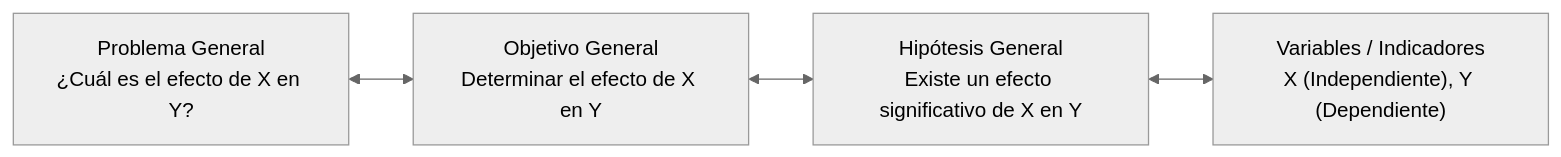
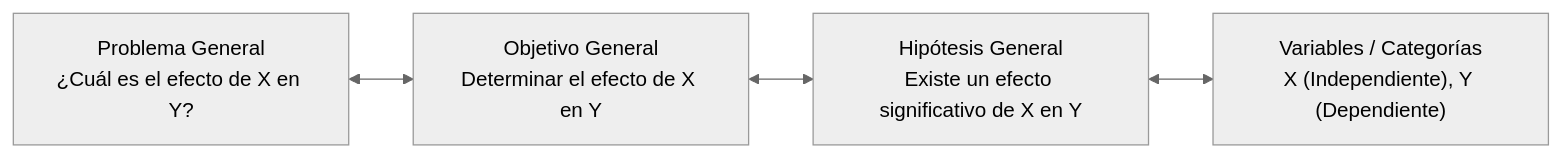
The diagram in docs/guides/methodology.md (oscarbol09/thesisforge), drawn with Mermaid (neutral theme) before and after one commit. The commit also changed other lines of this file and 3 other files, not shown here.

First line of the commit message:
docs: enrich architecture security, methodology, RAG and native contributing guides

````diff
--- a/docs/guides/methodology.md
+++ b/docs/guides/methodology.md
@@ -11,6 +11,6 @@
 ```mermaid
 graph LR
     P["Problema General\n¿Cuál es el efecto de X en Y?"] <--> O["Objetivo General\nDeterminar el efecto de X en Y"]
     O <--> H["Hipótesis General\nExiste un efecto significativo de X en Y"]
-    H <--> V["Variables / Indicadores\nX (Independiente), Y (Dependiente)"]
+    H <--> V["Variables / Categorías\nX (Independiente), Y (Dependiente)"]
 ```
````
